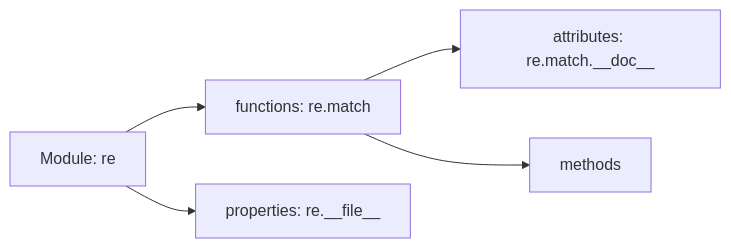
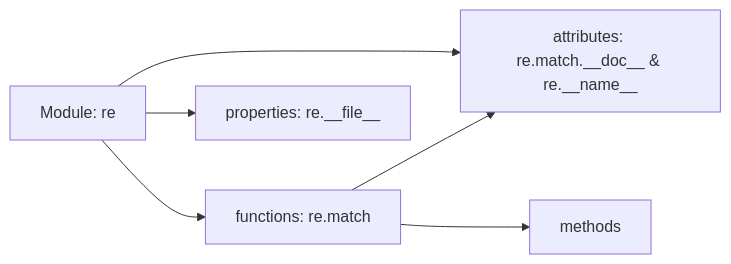
The diagram in L/memo.md (yuhua0731/Explore_leet), drawn with Mermaid before and after one commit. The commit also changed other lines of this file and 18 other files, not shown here.

````diff
--- a/L/memo.md
+++ b/L/memo.md
@@ -1078,8 +1078,9 @@
 ```mermaid
 graph LR
 	A[Module: re] --> B[functions: re.match]
 	A --> C[properties: re.__file__]
-	B --> D[attributes: re.match.__doc__]
+	B --> D[attributes: re.match.__doc__ & re.__name__]
+	A --> D
 	B --> E[methods]
     
 ```
````
